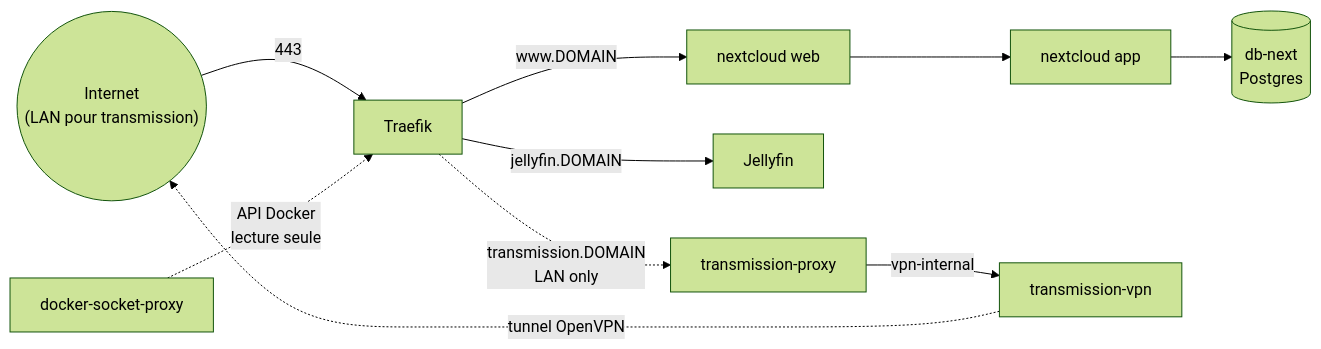
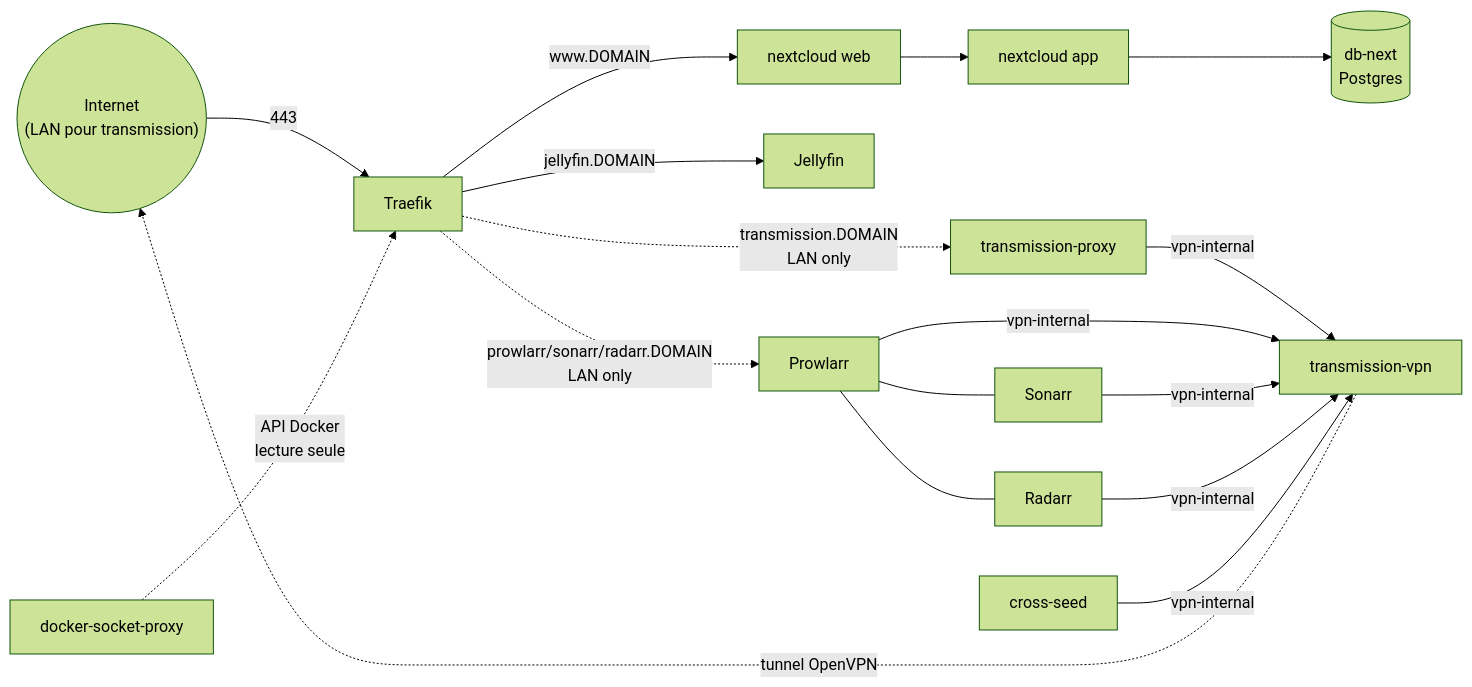
Before and after one commit to nattyebola/home-server-services: the diagram in README.md, drawn with Mermaid (forest theme). The commit also changed other lines of this file and 8 other files, not shown here.

First line of the commit message:
Add arr stack (Prowlarr, Sonarr, Radarr, cross-seed, Recyclarr)

````diff
--- a/README.md
+++ b/README.md
@@ -15,16 +15,24 @@
 ```mermaid
 flowchart LR
     Internet(("Internet\n(LAN pour transmission)")) -->|"443"| Traefik
 
     Traefik -->|"www.DOMAIN"| Web[nextcloud web]
     Web --> App[nextcloud app]
     App --> DB[("db-next\nPostgres")]
 
     Traefik -->|"jellyfin.DOMAIN"| Jellyfin
 
     Traefik -.->|"transmission.DOMAIN\nLAN only"| Proxy[transmission-proxy]
     Proxy -->|"vpn-internal"| VPN[transmission-vpn]
     VPN -.->|"tunnel OpenVPN"| Internet
 
     SocketProxy[docker-socket-proxy] -.->|"API Docker\nlecture seule"| Traefik
+
+    Traefik -.->|"prowlarr/sonarr/radarr.DOMAIN\nLAN only"| Prowlarr
+    Prowlarr --- Sonarr
+    Prowlarr --- Radarr
+    Prowlarr -->|"vpn-internal"| VPN
+    Sonarr -->|"vpn-internal"| VPN
+    Radarr -->|"vpn-internal"| VPN
+    CrossSeed[cross-seed] -->|"vpn-internal"| VPN
 ```
````
